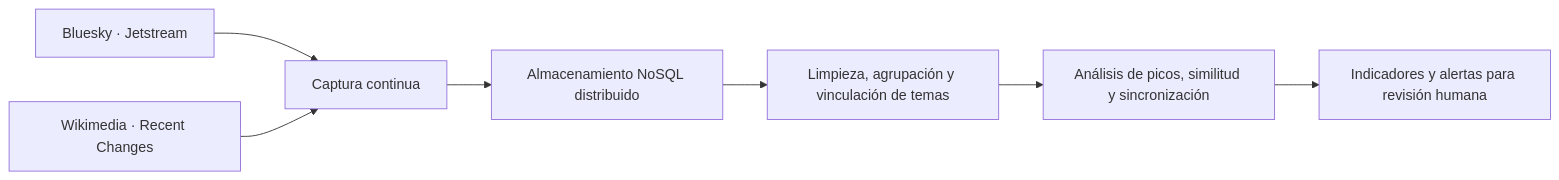
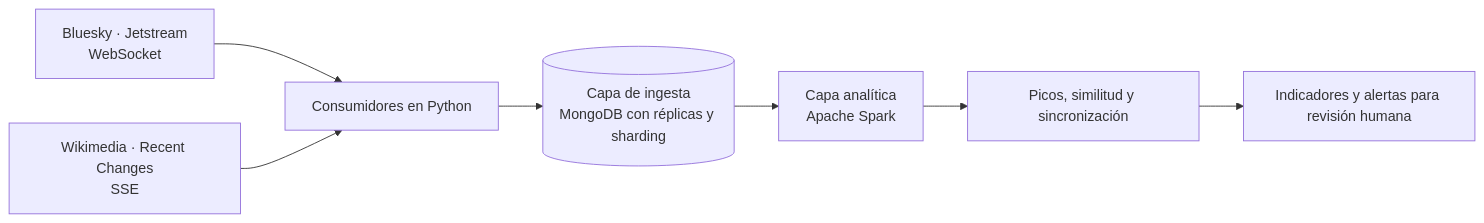
The diagram in README.md (E6-BDNR/TruthWatch), drawn with Mermaid before and after one commit. The commit also changed other lines of this file, not shown here.

````diff
--- a/README.md
+++ b/README.md
@@ -34,9 +256,9 @@
 ```mermaid
 flowchart LR
-    B[Bluesky · Jetstream] --> C[Captura continua]
-    W[Wikimedia · Recent Changes] --> C
-    C --> D[Almacenamiento NoSQL distribuido]
-    D --> P[Limpieza, agrupación y vinculación de temas]
-    P --> A[Análisis de picos, similitud y sincronización]
+    B[Bluesky · Jetstream<br/>WebSocket] --> C[Consumidores en Python]
+    W[Wikimedia · Recent Changes<br/>SSE] --> C
+    C --> D[(Capa de ingesta<br/>MongoDB con réplicas y sharding)]
+    D --> P[Capa analítica<br/>Apache Spark]
+    P --> A[Picos, similitud y sincronización]
     A --> V[Indicadores y alertas para revisión humana]
 ```
````
